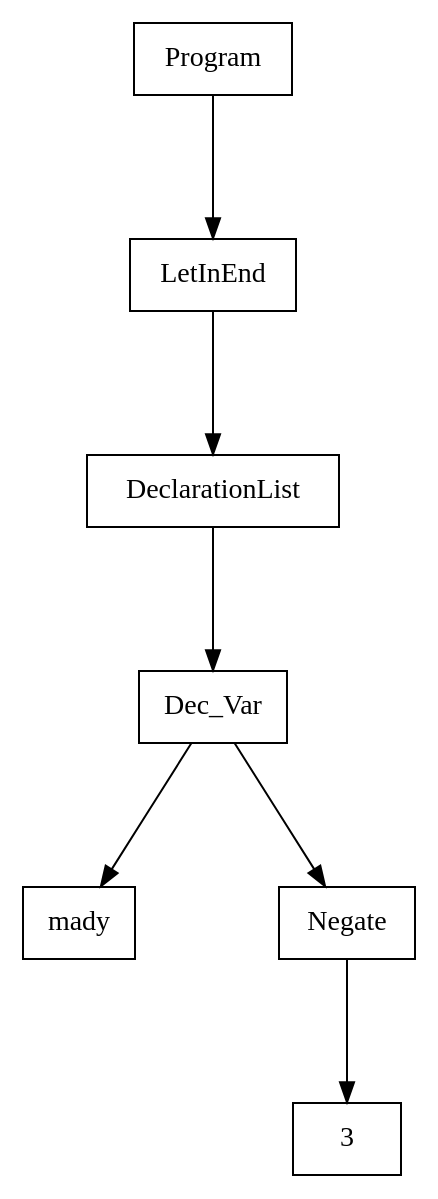
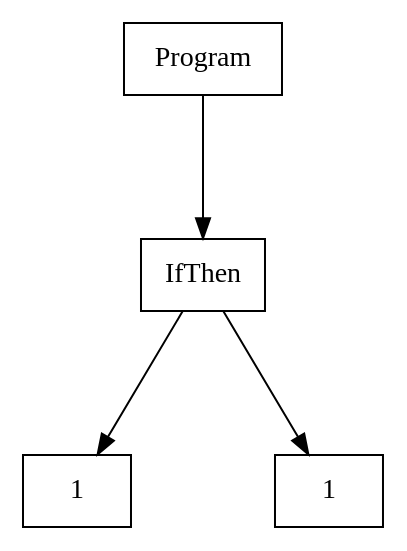
Before and after one commit to smarsou/compiler-syntax-semantic-analysis: the diagram in out/tree.dot, drawn with Graphviz. The commit also changed 4 other files, not shown here.

```diff
--- a/out/tree.dot
+++ b/out/tree.dot
@@ -1,20 +1,14 @@
 digraph "ast"{
 
 	nodesep=1;
 	ranksep=1;
 
 	N0 [label="Program", shape="box"];
-	N1 [label="LetInEnd", shape="box"];
-	N2 [label="DeclarationList", shape="box"];
-	N3 [label="Dec_Var", shape="box"];
-	N4 [label="mady", shape="box"];
-	N6 [label="3", shape="box"];
-	N5 [label="Negate", shape="box"];
+	N2 [label="1", shape="box"];
+	N3 [label="1", shape="box"];
+	N1 [label="IfThen", shape="box"];
 
-	N5 -> N6; 
-	N3 -> N4; 
-	N3 -> N5; 
-	N2 -> N3; 
 	N1 -> N2; 
+	N1 -> N3; 
 	N0 -> N1; 
 }
```
